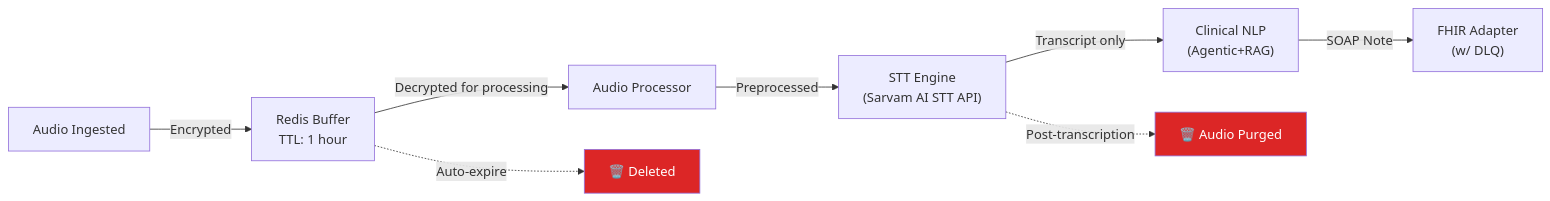
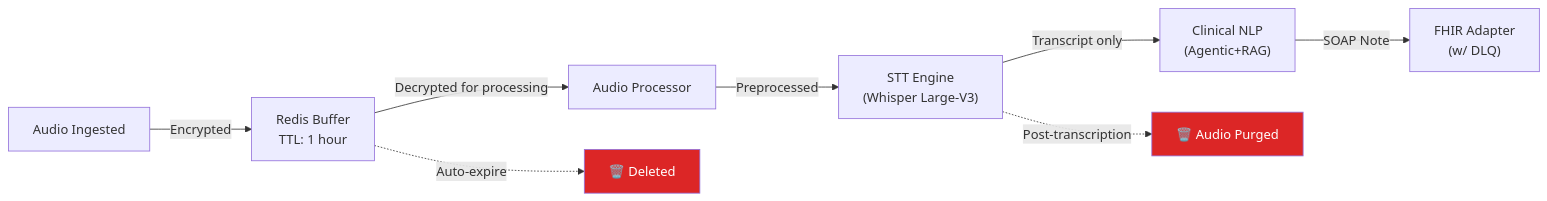
Before and after one commit to Nikhiluuuuuuuuu/Kraionyx-Project-001: the second of 3 diagrams in docs/security.md, drawn with Mermaid. The commit also changed other lines of this file and 5 other files, not shown here.

````diff
--- a/docs/security.md
+++ b/docs/security.md
@@ -153,14 +142,14 @@
 ```mermaid
 graph LR
     A["Audio Ingested"] -->|Encrypted| B["Redis Buffer<br/>TTL: 1 hour"]
     B -->|Decrypted for processing| C["Audio Processor"]
-    C -->|Preprocessed| D["STT Engine<br/>(Sarvam AI STT API)"]
+    C -->|Preprocessed| D["STT Engine<br/>(Whisper Large-V3)"]
     D -->|Transcript only| E["Clinical NLP<br/>(Agentic+RAG)"]
     E -->|SOAP Note| F["FHIR Adapter<br/>(w/ DLQ)"]
 
     B -.->|"Auto-expire"| G["🗑️ Deleted"]
     D -.->|"Post-transcription"| H["🗑️ Audio Purged"]
 
     style G fill:#dc2626,color:#fff
     style H fill:#dc2626,color:#fff
 ```
````
